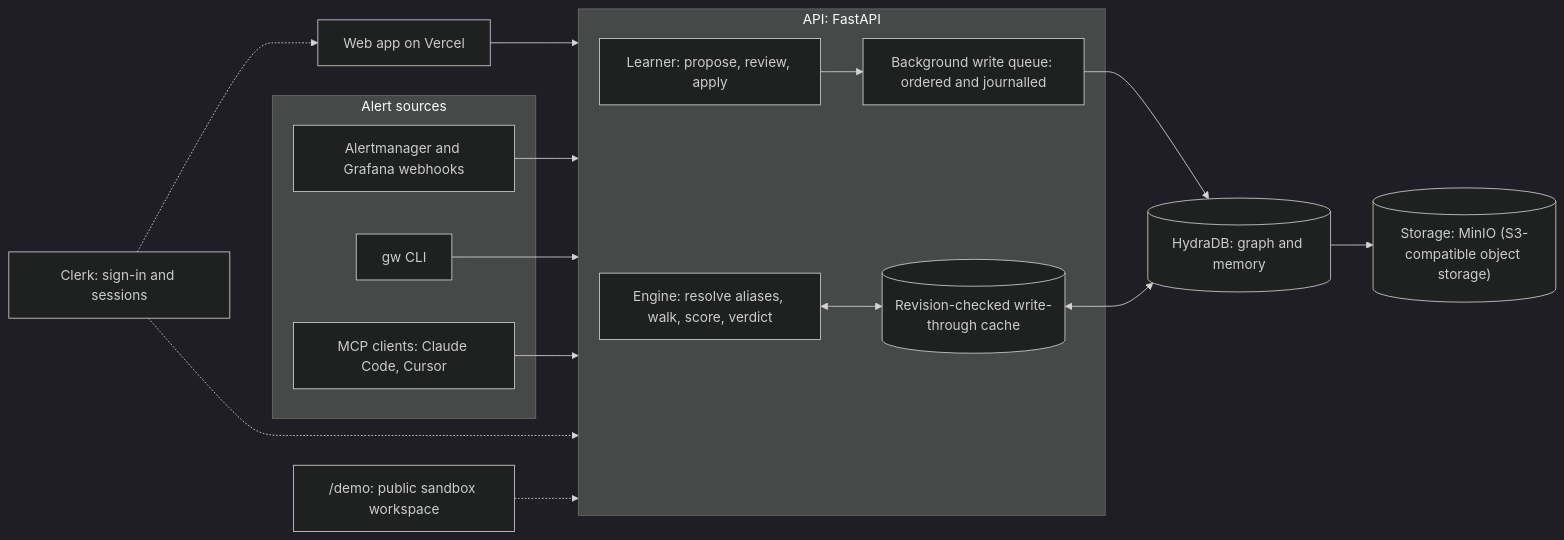
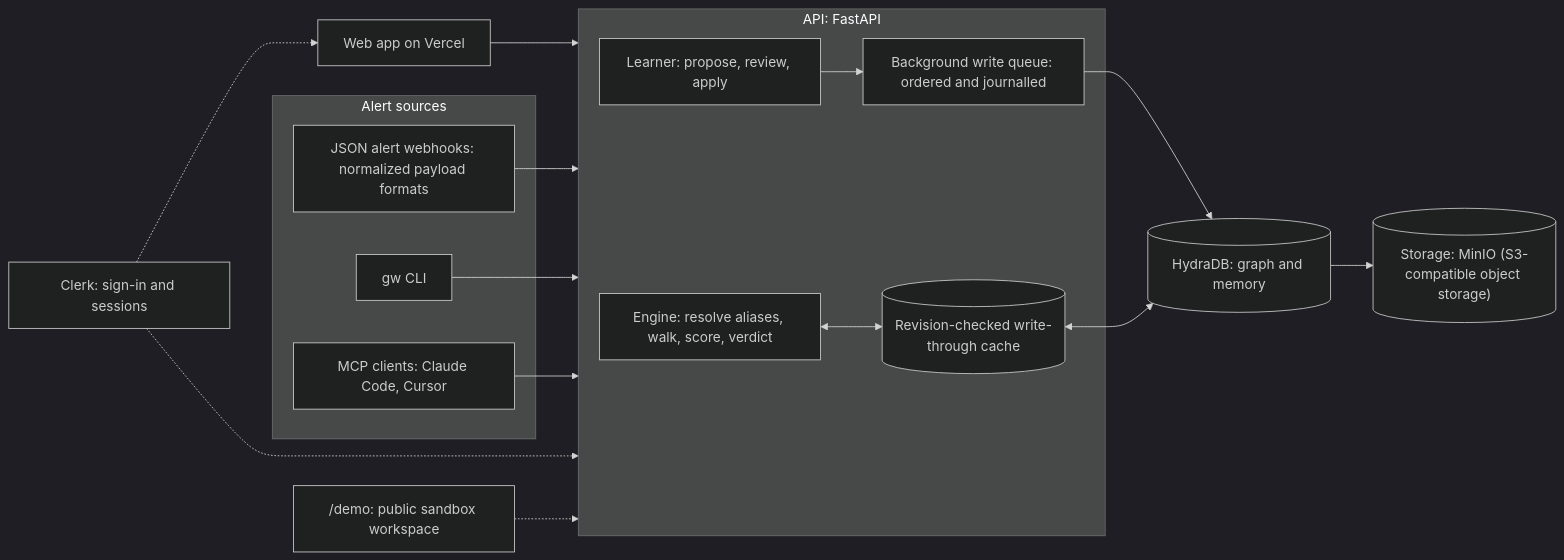
The first of 6 diagrams in docs/ARCHITECTURE.md (redcode333/GhostWalk), drawn with Mermaid (dark theme) before and after one commit. The commit also changed other lines of this file and 17 other files, not shown here.

````diff
--- a/docs/ARCHITECTURE.md
+++ b/docs/ARCHITECTURE.md
@@ -15,26 +15,26 @@
 ```mermaid
 flowchart LR
     subgraph SRC[Alert sources]
-        W["Alertmanager and Grafana webhooks"]
+        W["JSON alert webhooks: normalized payload formats"]
         C[gw CLI]
         M["MCP clients: Claude Code, Cursor"]
     end
     WEB[Web app on Vercel] --> API
     W --> API
     C --> API
     M --> API
     CLERK["Clerk: sign-in and sessions"] -.-> WEB
     CLERK -.-> API
     DEMO["/demo: public sandbox workspace"] -.-> API
     subgraph API[API: FastAPI]
         ENG["Engine: resolve aliases, walk, score, verdict"]
         CACHE[("Revision-checked write-through cache")]
         LRN["Learner: propose, review, apply"]
         Q["Background write queue: ordered and journalled"]
     end
     ENG <--> CACHE
     LRN --> Q
     Q --> H
     CACHE <--> H[("HydraDB: graph and memory")]
     H --> S[("Storage: MinIO (S3-compatible object storage)")]
 ```
````
